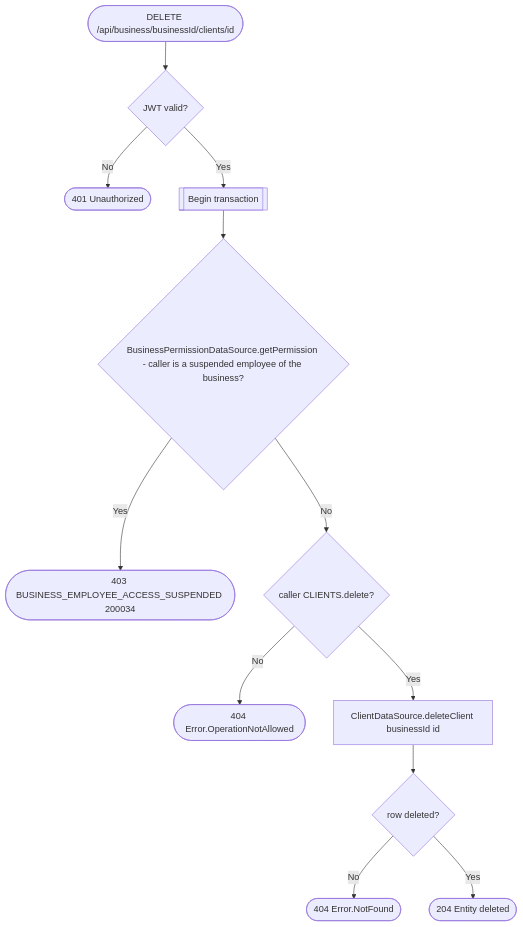
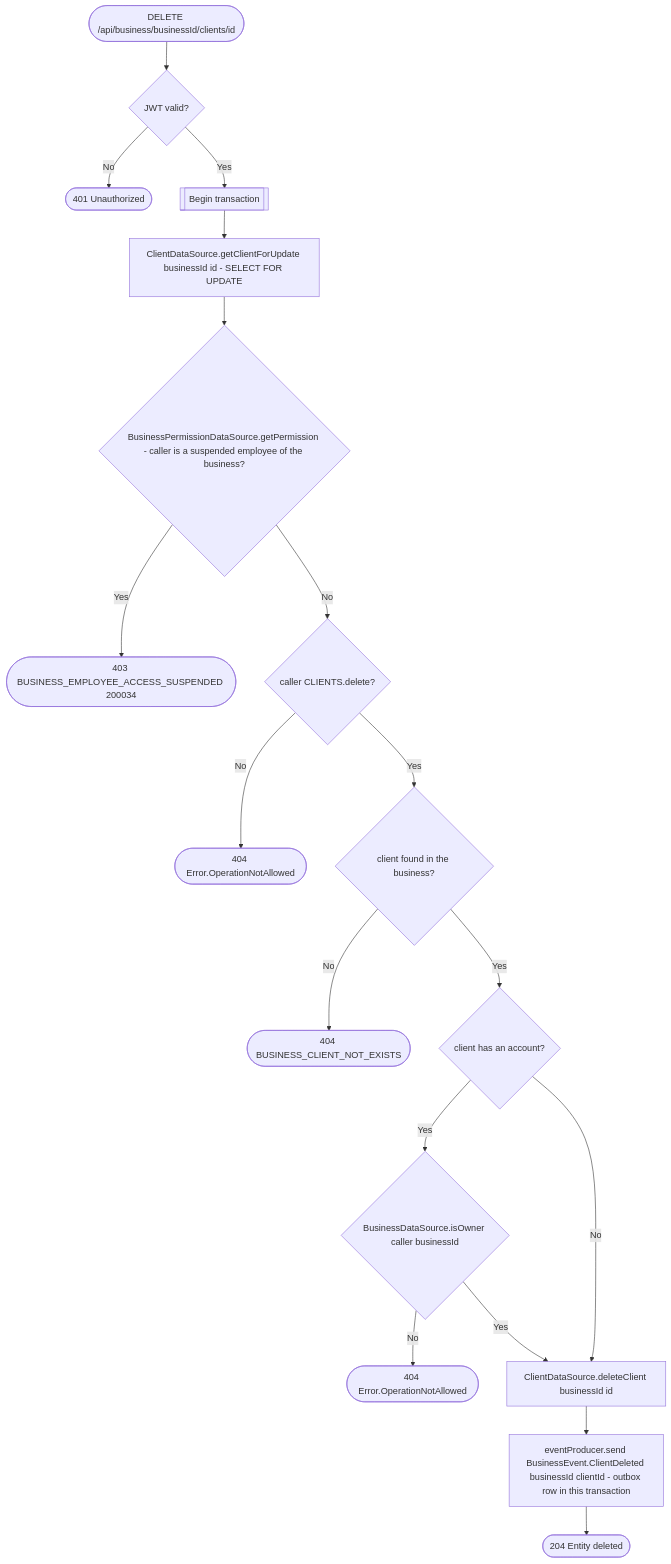
The diagram in docs/operations/business/delete-client.md (nocturneproperties/bookkme), drawn with Mermaid before and after one commit. The commit also changed other lines of this file and 49 other files, not shown here.

Commit message:
[ISSUE-129] allow business to delete clients

````diff
--- a/docs/operations/business/delete-client.md
+++ b/docs/operations/business/delete-client.md
@@ -5,14 +18,20 @@
 ```mermaid
 flowchart TD
     Start([DELETE /api/business/businessId/clients/id]) --> Auth{JWT valid?}
     Auth -- No --> R401([401 Unauthorized])
     Auth -- Yes --> Tx[[Begin transaction]]
-    Tx --> Suspended{BusinessPermissionDataSource.getPermission - caller is a suspended employee of the business?}
+    Tx --> Lock["ClientDataSource.getClientForUpdate businessId id - SELECT FOR UPDATE"]
+    Lock --> Suspended{BusinessPermissionDataSource.getPermission - caller is a suspended employee of the business?}
     Suspended -- Yes --> R403s([403 BUSINESS_EMPLOYEE_ACCESS_SUSPENDED 200034])
     Suspended -- No --> Perm{caller CLIENTS.delete?}
     Perm -- No --> R404a([404 Error.OperationNotAllowed])
-    Perm -- Yes --> Delete[ClientDataSource.deleteClient businessId id]
-    Delete --> Found{row deleted?}
-    Found -- No --> R404b([404 Error.NotFound])
-    Found -- Yes --> R204([204 Entity deleted])
+    Perm -- Yes --> Found{client found in the business?}
+    Found -- No --> R404b([404 BUSINESS_CLIENT_NOT_EXISTS])
+    Found -- Yes --> Kind{client has an account?}
+    Kind -- Yes --> Owner{"BusinessDataSource.isOwner caller businessId"}
+    Owner -- No --> R404c([404 Error.OperationNotAllowed])
+    Owner -- Yes --> Delete
+    Kind -- No --> Delete[ClientDataSource.deleteClient businessId id]
+    Delete --> Send["eventProducer.send BusinessEvent.ClientDeleted businessId clientId - outbox row in this transaction"]
+    Send --> R204([204 Entity deleted])
 ```
````
